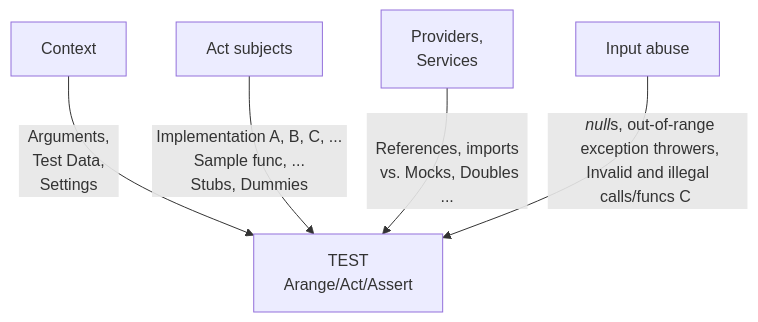
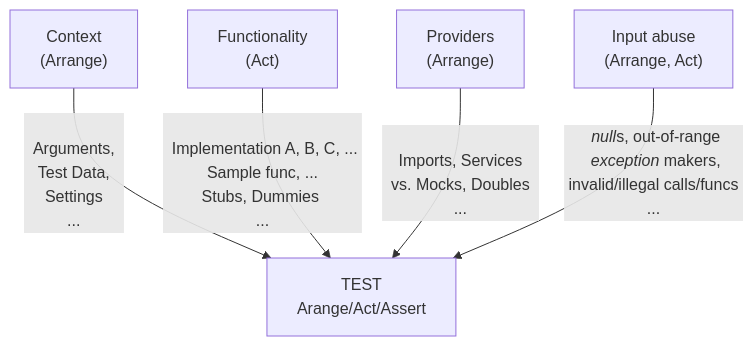
Before and after one commit to Kyriosity/use-dev: the diagram in README+/tests/README+/unit_test-multi_feed.md, drawn with Mermaid. The commit also changed other lines of this file, not shown here.

Commit message:
🐝✒️ unit_test-multi_feed.md

````diff
--- a/README+/tests/README+/unit_test-multi_feed.md
+++ b/README+/tests/README+/unit_test-multi_feed.md
@@ -9,8 +11,8 @@
 ```mermaid
 graph TD
-    idCx[Context] -->|&nbsp;&nbsp;Arguments,&nbsp;&nbsp;<br />&nbsp;&nbsp;Test Data,&nbsp;&nbsp;<br />&nbsp;&nbsp;Settings&nbsp;&nbsp;| UT[TEST<br />Arange/Act/Assert]
-    idFnc[Act subjects] -->|&nbsp;Implementation A, B, C, ...&nbsp;<br >&nbsp;Sample func, ...&nbsp;</br>&nbsp;Stubs, Dummies&nbsp;| UT
-    idSrv[Providers,<br />Services] -->|<br />&nbsp;&nbsp;References, imports&nbsp;&nbsp;<br />&nbsp;vs. Mocks, Doubles<br />...| UT
-    idAbs[Input abuse] -->|&nbsp;&nbsp;<i>null</i>s, out-of-range&nbsp;<br />&nbsp;&nbsp;exception throwers,&nbsp;<br />&nbsp;Invalid and illegal calls/funcs C&nbsp;| UT
+    idCx[Context<br />&lpar;Arrange&rpar;] -->|<br />&nbsp;&nbsp;Arguments,&nbsp;&nbsp;<br />&nbsp;&nbsp;Test Data,&nbsp;&nbsp;<br />&nbsp;&nbsp;Settings&nbsp;&nbsp;<br />...| UT[TEST<br />Arange/Act/Assert]
+    idFnc[Functionality<br />&lpar;Act&rpar;] -->|<br />&nbsp;&nbsp;Implementation A, B, C, ...&nbsp;<br >&nbsp;Sample func, ...&nbsp;</br>&nbsp;Stubs, Dummies&nbsp;&nbsp;<br />...| UT
+    idSrv[Providers<br />&lpar;Arrange&rpar;] -->|<br />&nbsp;&nbsp;Imports, Services&nbsp;&nbsp;<br />&nbsp;&nbsp;vs. Mocks, Doubles&nbsp;&nbsp;<br />...| UT
+    idAbs[Input abuse<br />&lpar;Arrange, Act&rpar;] -->|&nbsp;&nbsp;<i>null</i>s, out-of-range&nbsp;<br />&nbsp;&nbsp;<i>exception</i> makers,&nbsp;<br />&nbsp;invalid/illegal calls/funcs&nbsp;<br />...| UT
 
 ```
````
